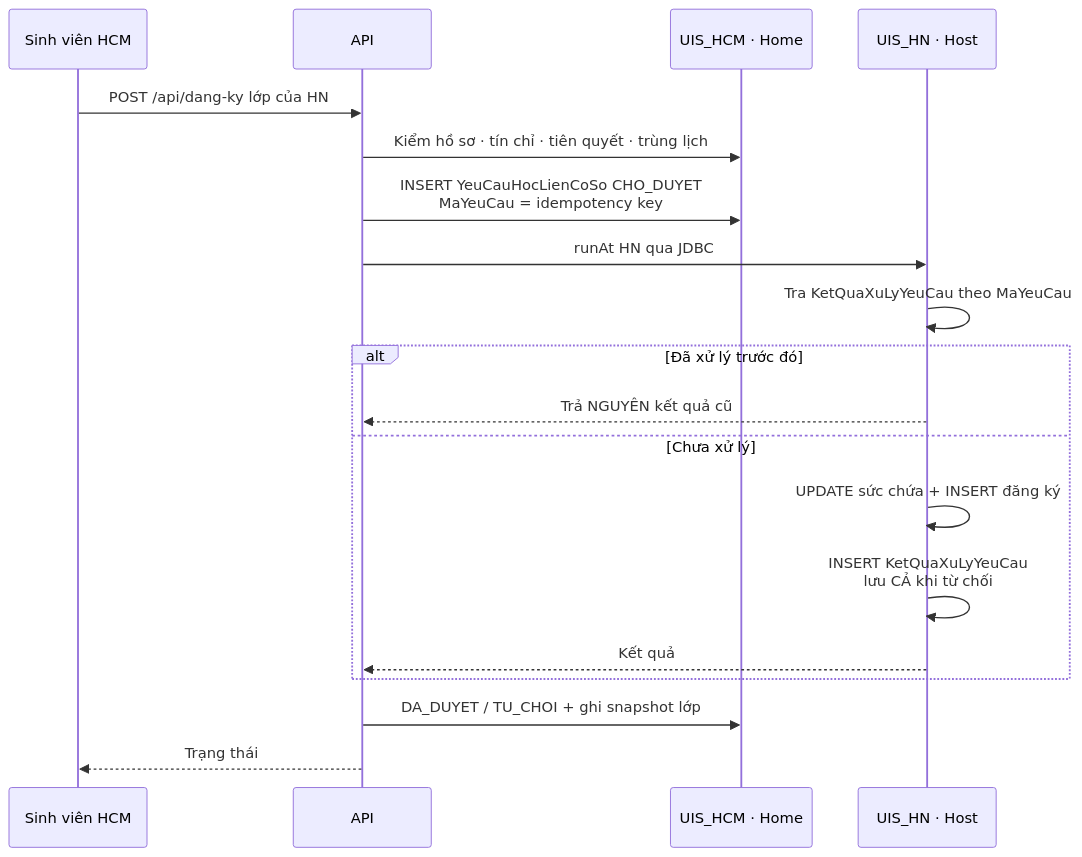
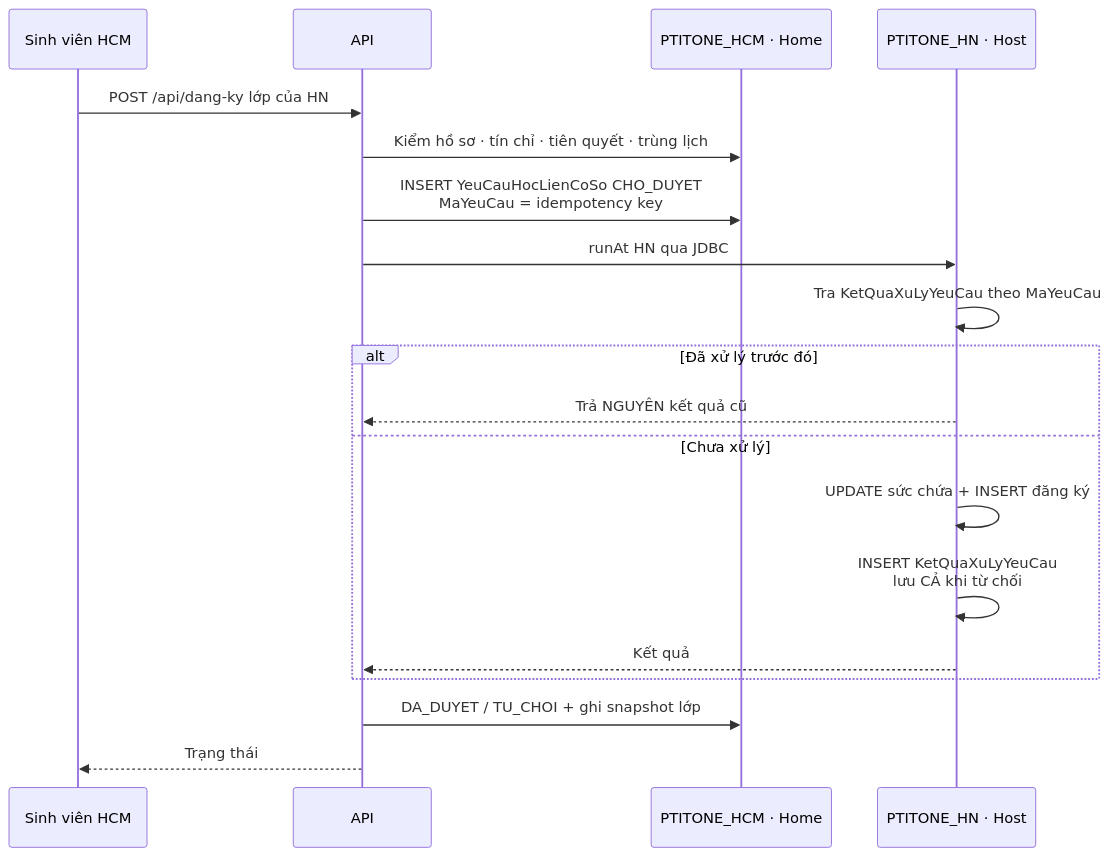
The fifth of 9 diagrams in README.md (khangdzvl050623/PTIT-One), drawn with Mermaid before and after one commit. The commit also changed other lines of this file and 8 other files, not shown here.

First line of the commit message:
feat(db): hạ tầng replication dùng lại được, chưa phụ thuộc schema

````diff
--- a/README.md
+++ b/README.md
@@ -197,22 +197,22 @@
 ```mermaid
 sequenceDiagram
     participant SV as Sinh viên HCM
     participant API as API
-    participant HOME as UIS_HCM · Home
-    participant HOST as UIS_HN · Host
+    participant HOME as PTITONE_HCM · Home
+    participant HOST as PTITONE_HN · Host
 
     SV->>API: POST /api/dang-ky lớp của HN
     API->>HOME: Kiểm hồ sơ · tín chỉ · tiên quyết · trùng lịch
     API->>HOME: INSERT YeuCauHocLienCoSo CHO_DUYET<br/>MaYeuCau = idempotency key
     API->>HOST: runAt HN qua JDBC
     HOST->>HOST: Tra KetQuaXuLyYeuCau theo MaYeuCau
     alt Đã xử lý trước đó
         HOST-->>API: Trả NGUYÊN kết quả cũ
     else Chưa xử lý
         HOST->>HOST: UPDATE sức chứa + INSERT đăng ký
         HOST->>HOST: INSERT KetQuaXuLyYeuCau<br/>lưu CẢ khi từ chối
         HOST-->>API: Kết quả
     end
     API->>HOME: DA_DUYET / TU_CHOI + ghi snapshot lớp
     API-->>SV: Trạng thái
 ```
````
